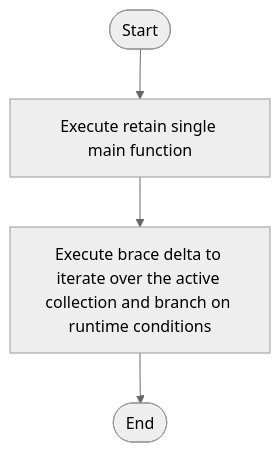
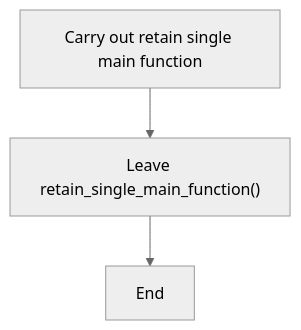
The second of 4 diagrams in docs/Codebase/Microservice/Modules/Source/Creational/Transform/creational_transform_evidence_main_retention.cpp.md (JohnAndrewBalbarosa/NeoTerritory), drawn with Mermaid (neutral theme) before and after one commit. The commit also changed other lines of this file and 752 other files, not shown here.

````diff
--- a/docs/Codebase/Microservice/Modules/Source/Creational/Transform/creational_transform_evidence_main_retention.cpp.md
+++ b/docs/Codebase/Microservice/Modules/Source/Creational/Transform/creational_transform_evidence_main_retention.cpp.md
@@ -35,10 +49,8 @@
 ```mermaid
 flowchart TD
-    Start([Start])
-    N0[Execute retain single main function]
-    N1[Execute brace delta to iterate over the active collection and branch on runtime conditions]
-    End([End])
-    Start --> N0
+    N0["Carry out retain single main function"]
+    N1["Leave retain_single_main_function()"]
+    N2["End"]
     N0 --> N1
-    N1 --> End
+    N1 --> N2
 ```
````
